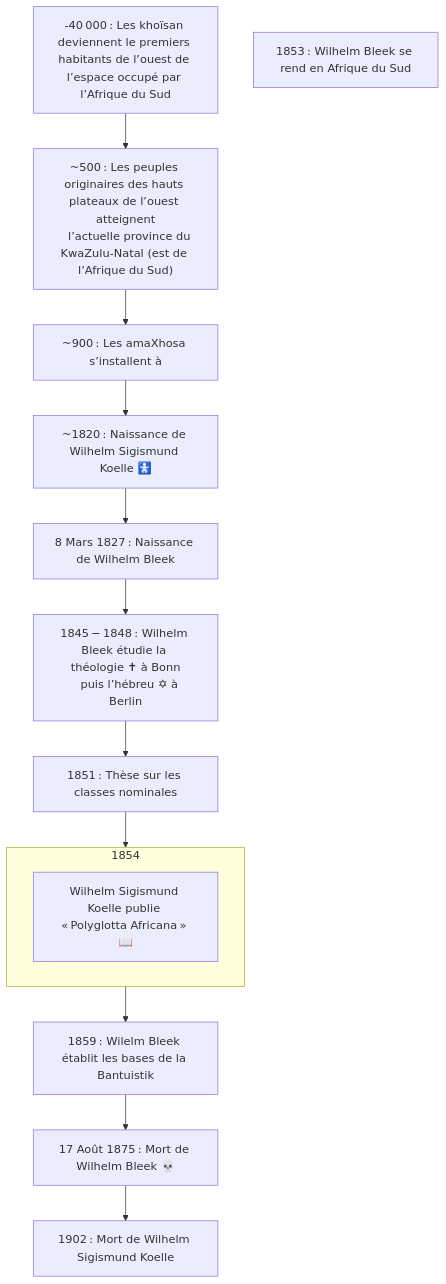
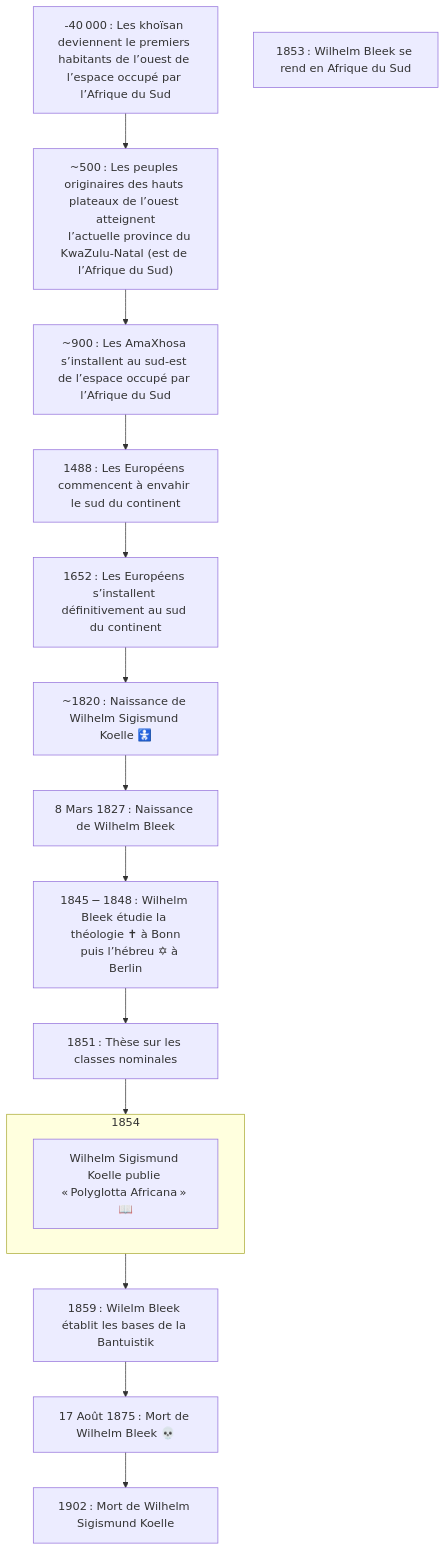
The diagram in en-cours/personnalite/homme/a-classer/wilhelm-bleek.md (ba-moun/Ba-Moun-Save), drawn with Mermaid before and after one commit. The commit also changed other lines of this file, not shown here.

Commit message:
docs: update en-cours/personnalite/homme/a-classer/wilhelm-bleek

````diff
--- a/en-cours/personnalite/homme/a-classer/wilhelm-bleek.md
+++ b/en-cours/personnalite/homme/a-classer/wilhelm-bleek.md
@@ -19,34 +19,38 @@
 ```mermaid
 flowchart TB
    
    Khoïsan["-40 000 : Les khoïsan deviennent le premiers habitants de l’ouest de l’espace occupé par l’Afrique du Sud"]
    
    grassland["~500 : Les peuples originaires des hauts plateaux de l’ouest atteignent
    l’actuelle province du KwaZulu-Natal (est de l’Afrique du Sud)"]
    
-   amaXhosa["~900 : Les amaXhosa s’installent à "]
+   amaXhosa["~900 : Les AmaXhosa s’installent au sud-est de l’espace occupé par l’Afrique du Sud"]
+   
+   europeanInvasion["1488 : Les Européens commencent à envahir le sud du continent"]
+   
+   europeanInvasionNextStep["1652 : Les Européens s’installent définitivement au sud du continent"]
    
    wSKoellebirth["~1820 : Naissance de Wilhelm Sigismund Koelle 🚼"]
    
    birth["8 Mars 1827 : Naissance de Wilhelm Bleek"]
       
    studies["1845 − 1848 : Wilhelm Bleek étudie la théologie ✝ à Bonn
    puis l’hébreu ✡ à Berlin"]
    
    thesis["1851 : Thèse sur les classes nominales"]
    
    southAfrica["1853 : Wilhelm Bleek se rend en Afrique du Sud"]
    
    subgraph 1854
       majorStudy["Wilhelm Sigismund Koelle publie « Polyglotta Africana » 📖"]
    end
    
    bantuistik["1859 : Wilelm Bleek établit les bases de la Bantuistik"]
    
    death["17 Août 1875 : Mort de Wilhelm Bleek 💀"]
    
    wSKoelledeath["1902 : Mort de Wilhelm Sigismund Koelle"]
       
-   Khoïsan --> grassland --> amaXhosa --> wSKoellebirth --> birth --> studies --> thesis --> 1854 --> bantuistik --> death --> wSKoelledeath
+   Khoïsan --> grassland --> amaXhosa --> europeanInvasion --> europeanInvasionNextStep --> wSKoellebirth --> birth --> studies --> thesis --> 1854 --> bantuistik --> death --> wSKoelledeath
    
 ```
````
